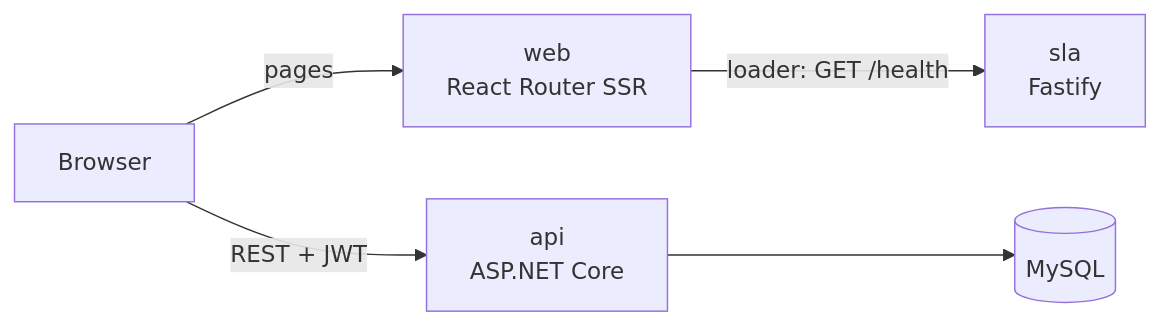
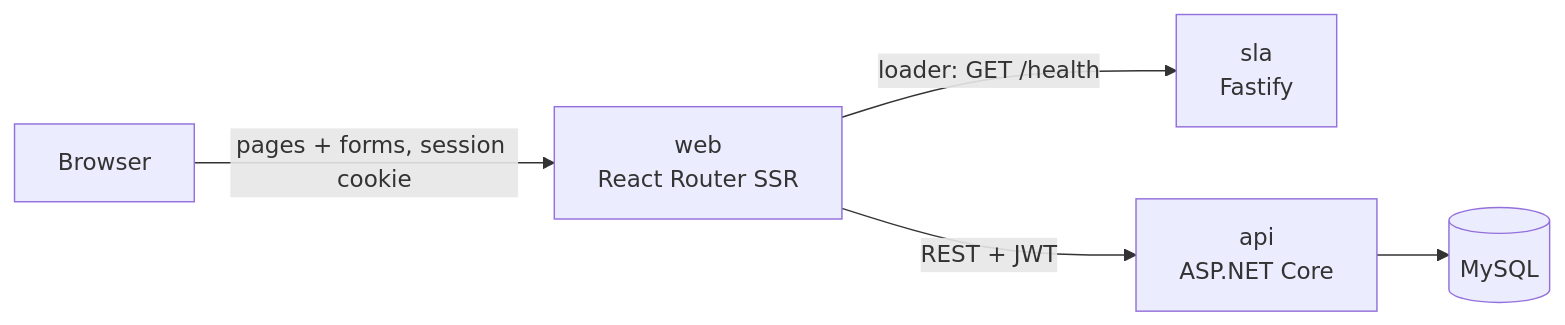
One commit to FayaadAbrahams/PulseDesk changed the diagram in README.md. Above: the diagram before and after it, drawn with Mermaid. The commit also changed other lines of this file and 28 other files, not shown here.

First line of the commit message:
KAN-27: move auth from localStorage to an httpOnly session cookie

````diff
--- a/README.md
+++ b/README.md
@@ -7,13 +7,13 @@
 ```mermaid
 flowchart LR
     browser[Browser]
     web["web<br/>React Router SSR"]
     sla["sla<br/>Fastify"]
     api["api<br/>ASP.NET Core"]
     db[(MySQL)]
 
-    browser -->|pages| web
+    browser -->|pages + forms, session cookie| web
     web -->|loader: GET /health| sla
-    browser -->|REST + JWT| api
+    web -->|REST + JWT| api
     api --> db
 ```
````
